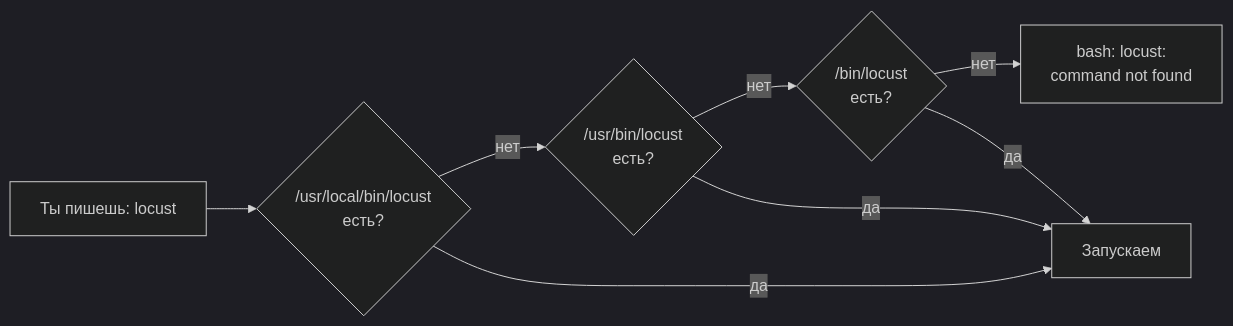
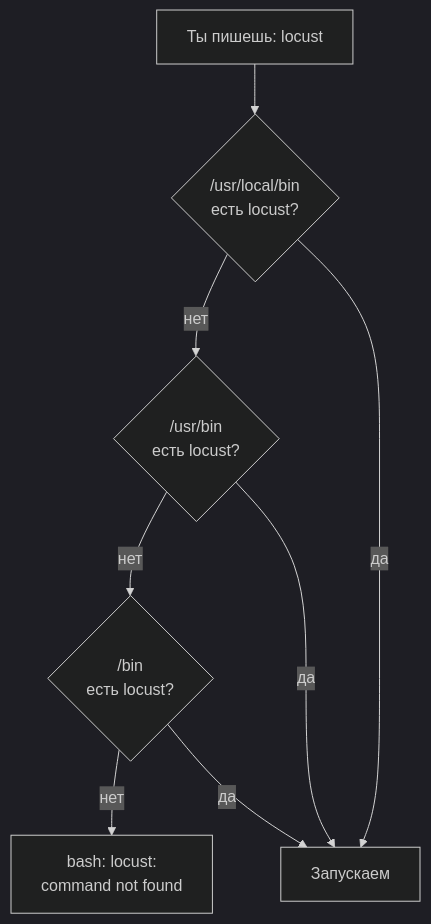
One commit to distinguished-sre/load-tester changed the third of 3 diagrams in 01-linux/01-workstation-terminal.md. Above: the diagram before and after it, drawn with Mermaid (dark theme). The commit also changed other lines of this file and 6 other files, not shown here.

First line of the commit message:
Виджеты и схемы переделаны по отзыву: автостарт, объяснения, подсказки при наведении

````diff
--- a/01-linux/01-workstation-terminal.md
+++ b/01-linux/01-workstation-terminal.md
@@ -318,10 +313,10 @@
 ```mermaid
-flowchart LR
-    C["Ты пишешь: locust"] --> A{"/usr/local/bin/locust<br/>есть?"}
-    A -->|нет| B{"/usr/bin/locust<br/>есть?"}
-    B -->|нет| D{"/bin/locust<br/>есть?"}
+flowchart TD
+    C["Ты пишешь: locust"] --> A{"/usr/local/bin<br/>есть locust?"}
+    A -->|нет| B{"/usr/bin<br/>есть locust?"}
+    B -->|нет| D{"/bin<br/>есть locust?"}
     D -->|нет| E["bash: locust:<br/>command not found"]
     A -->|да| R["Запускаем"]
     B -->|да| R
     D -->|да| R
 ```
````
